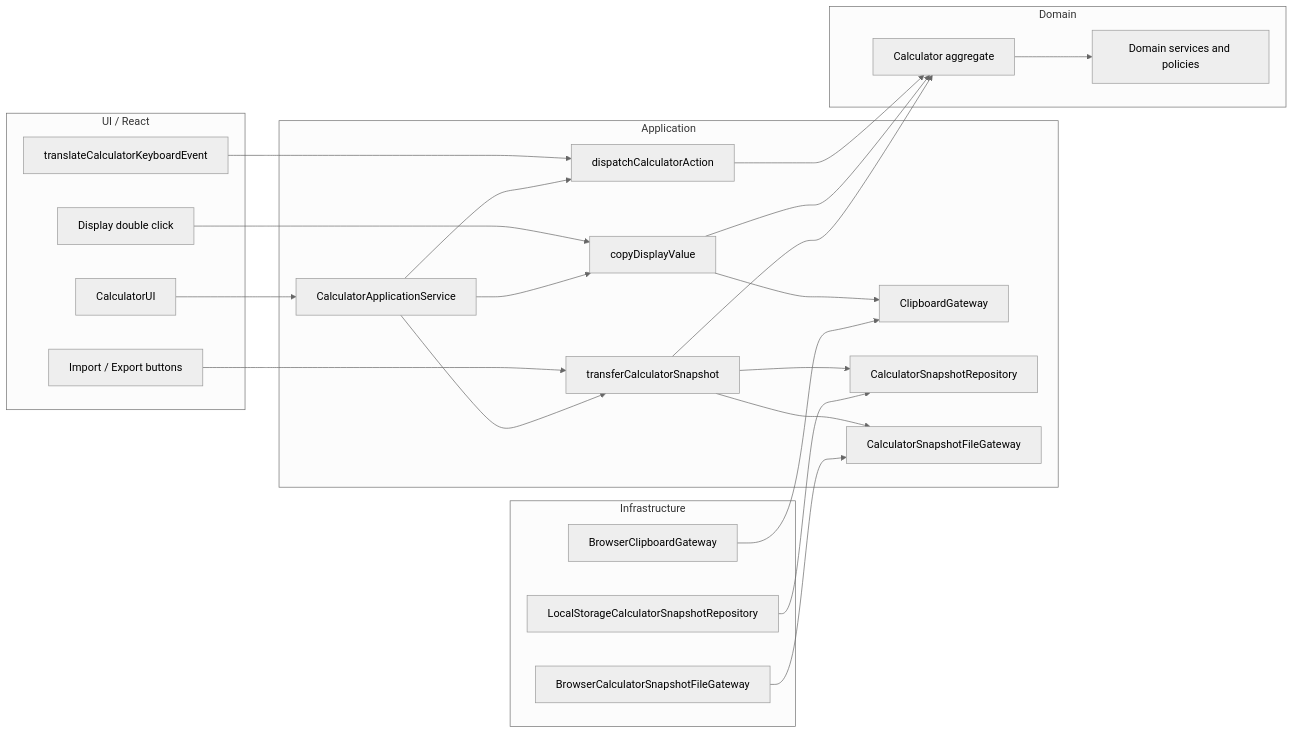
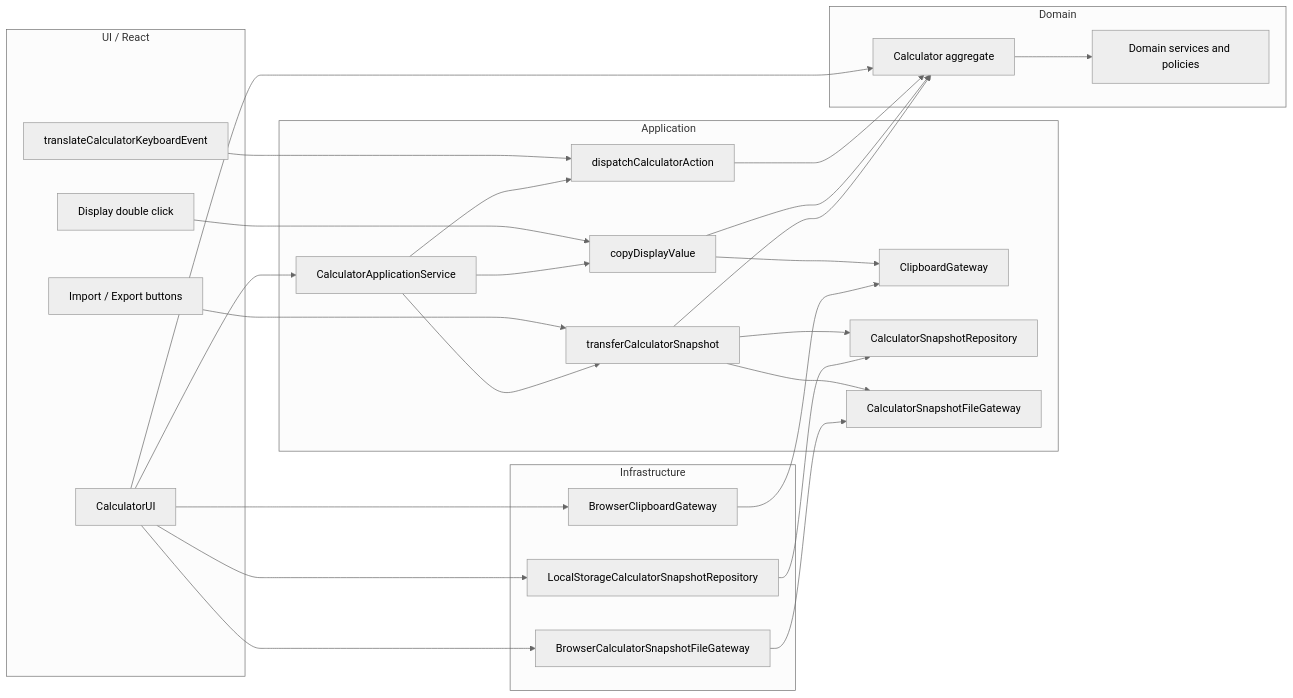
One commit to FelixNader/sumadora_2 changed the second of 5 diagrams in README.md. Above: the diagram before and after it, drawn with Mermaid (neutral theme). The commit also changed other lines of this file and 14 other files, not shown here.

````diff
--- a/README.md
+++ b/README.md
@@ -86,48 +90,52 @@
 ```mermaid
 flowchart LR
     subgraph UI["UI / React"]
         Screen["CalculatorUI"]
         Keyboard["translateCalculatorKeyboardEvent"]
         Display["Display double click"]
         SnapshotButtons["Import / Export buttons"]
     end
 
     subgraph Application["Application"]
         Dispatch["dispatchCalculatorAction"]
         Copy["copyDisplayValue"]
         Transfer["transferCalculatorSnapshot"]
         Service["CalculatorApplicationService"]
         ClipboardPort["ClipboardGateway"]
         SnapshotRepoPort["CalculatorSnapshotRepository"]
         SnapshotFilePort["CalculatorSnapshotFileGateway"]
     end
 
     subgraph Domain["Domain"]
         Calc["Calculator aggregate"]
         Rules["Domain services and policies"]
     end
 
     subgraph Infrastructure["Infrastructure"]
         ClipboardAdapter["BrowserClipboardGateway"]
         LocalRepo["LocalStorageCalculatorSnapshotRepository"]
         FileAdapter["BrowserCalculatorSnapshotFileGateway"]
     end
 
     Screen --> Service
+    Screen --> Calc
+    Screen --> ClipboardAdapter
+    Screen --> LocalRepo
+    Screen --> FileAdapter
     Keyboard --> Dispatch
     Display --> Copy
     SnapshotButtons --> Transfer
     Service --> Dispatch
     Service --> Copy
     Service --> Transfer
     Dispatch --> Calc
     Copy --> Calc
     Transfer --> Calc
     Calc --> Rules
     Copy --> ClipboardPort
     Transfer --> SnapshotRepoPort
     Transfer --> SnapshotFilePort
     ClipboardAdapter --> ClipboardPort
     LocalRepo --> SnapshotRepoPort
     FileAdapter --> SnapshotFilePort
 ```
````
